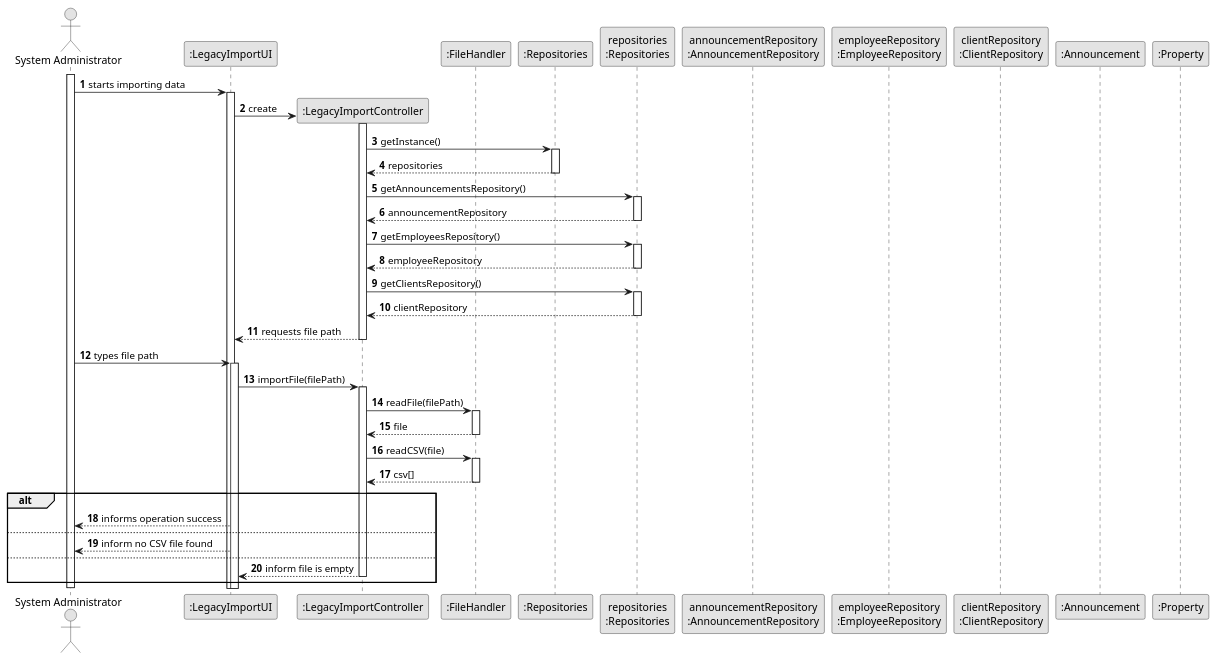
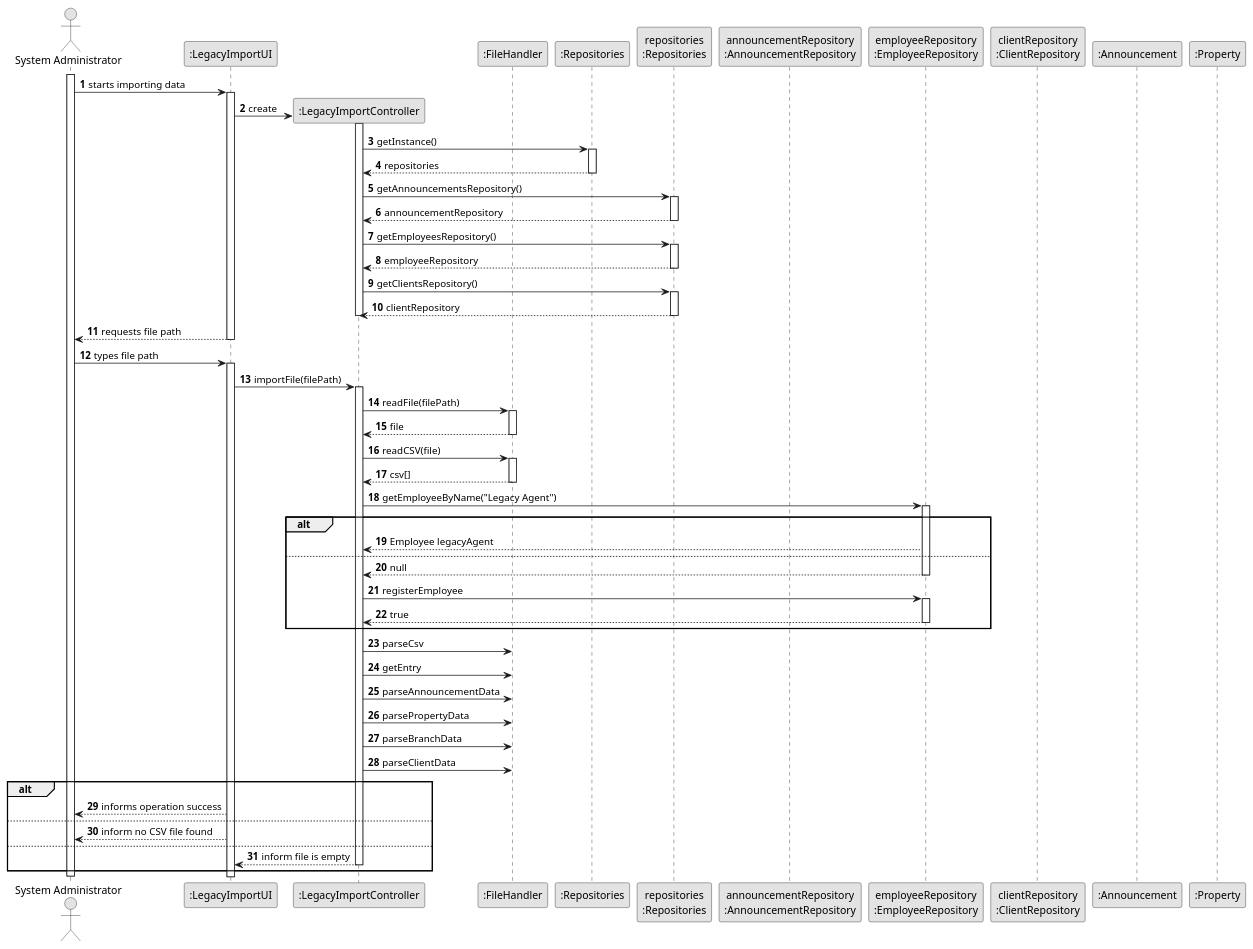
One commit to tiagohcorreia/LAPR2 changed the diagram in docs/sprintC/US012/03.design/puml/us012-sequence-diagram.puml. Above: the diagram before and after it, drawn with PlantUML.

Commit message:
US12 - Design: SD work

```diff
--- a/docs/sprintC/US012/03.design/puml/us012-sequence-diagram.puml
+++ b/docs/sprintC/US012/03.design/puml/us012-sequence-diagram.puml
@@ -1,70 +1,89 @@
 @startuml
 'https://plantuml.com/sequence-diagram
 
 skinparam monochrome true
 skinparam shadowing false
 autonumber
 
 actor "System Administrator" as sa
 participant ":LegacyImportUI" as ui
 participant ":LegacyImportController" as ctrl
 participant ":FileHandler" as fh
 participant ":Repositories" as repos
 participant "repositories\n:Repositories" as repositories
 participant "announcementRepository\n:AnnouncementRepository" as ARepo
 participant "employeeRepository\n:EmployeeRepository" as ERepo
 participant "clientRepository\n:ClientRepository" as CRepo
 participant ":Announcement" as announcement
 participant ":Property" as prop
 
 activate sa
 sa -> ui: starts importing data
 activate ui
 ui -> ctrl**: create
 activate ctrl
 ctrl -> repos: getInstance()
 activate repos
 return repositories
 
 ctrl -> repositories: getAnnouncementsRepository()
 activate repositories
 return announcementRepository
 
 ctrl -> repositories: getEmployeesRepository()
 activate repositories
 return employeeRepository
 
 ctrl -> repositories: getClientsRepository()
 activate repositories
 return clientRepository
-
+deactivate ctrl
 
 return requests file path
 
 sa -> ui: types file path
 activate ui
 
 ui -> ctrl: importFile(filePath)
 activate ctrl
 'ctrl -> fh**: create
 ctrl -> fh: readFile(filePath)
 activate fh
 return file
 
 ctrl -> fh: readCSV(file)
 activate fh
 return csv[]
 
+ctrl -> ERepo: getEmployeeByName("Legacy Agent")
+activate ERepo
+alt
+    ERepo --> ctrl: Employee legacyAgent
+else
+    return null
+    ctrl -> ERepo: registerEmployee
+    activate ERepo
+    return true
+end
+
+
+ctrl -> fh: parseCsv
+ctrl -> fh: getEntry
+ctrl -> fh: parseAnnouncementData
+ctrl -> fh: parsePropertyData
+ctrl -> fh: parseBranchData
+ctrl -> fh: parseClientData
+
 
 alt
     ui --> sa: informs operation success
 else
     ui --> sa: inform no CSV file found
 else
     return inform file is empty
 
 end
 
 deactivate sa
 
 @enduml
```
